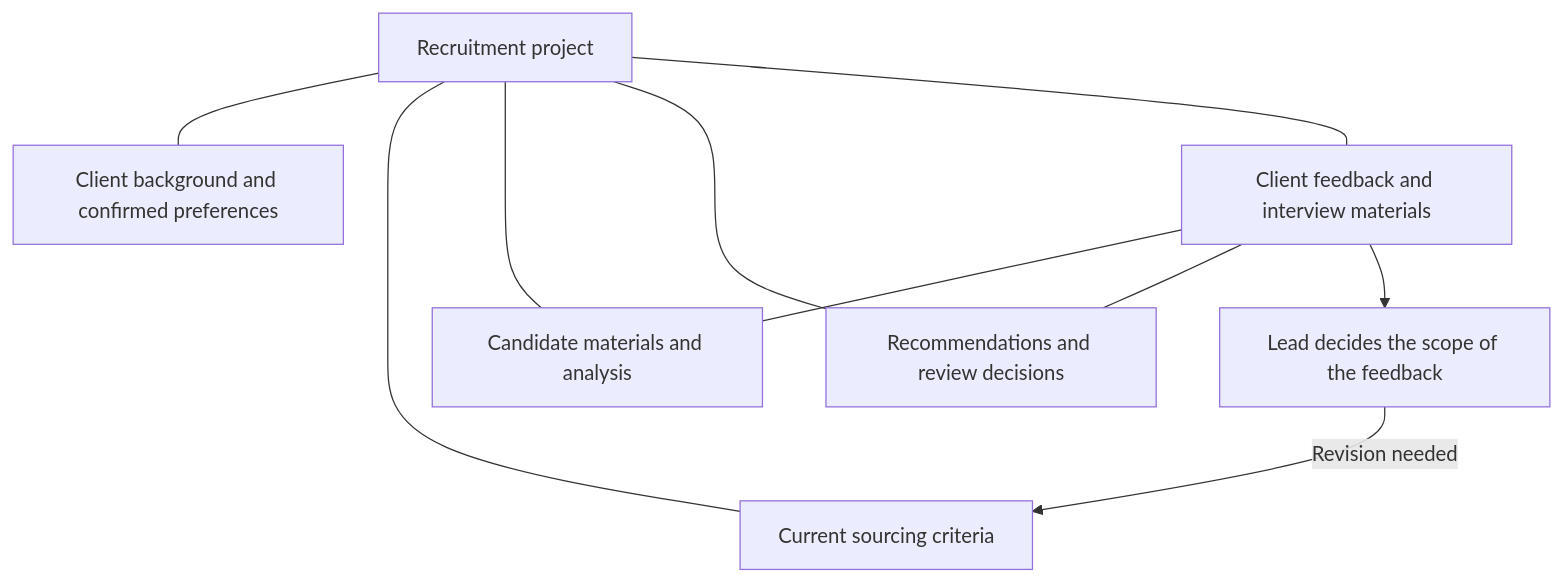
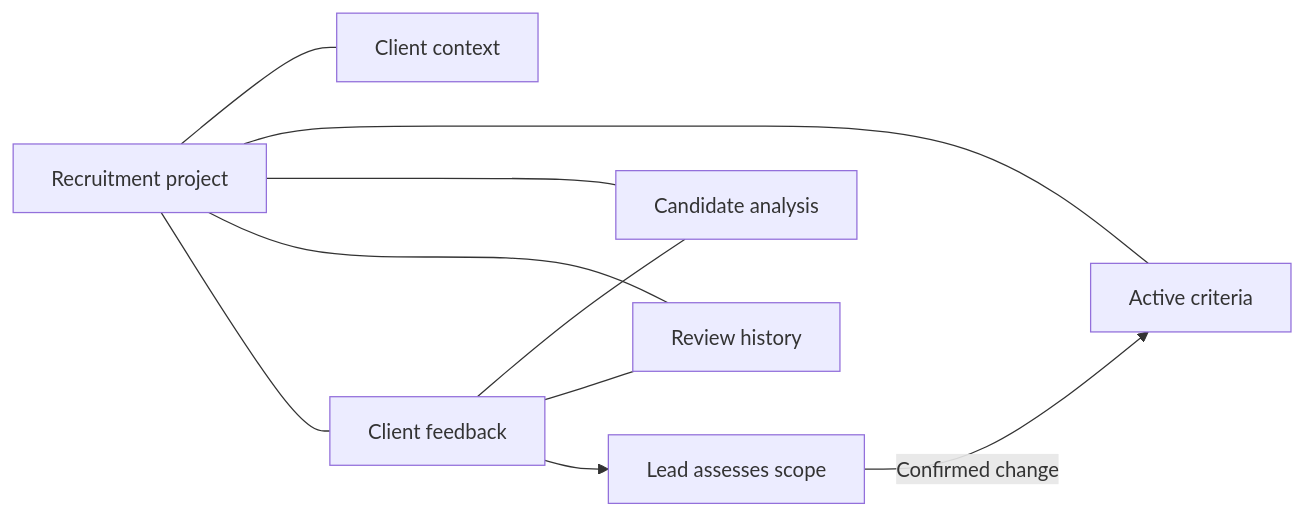
The second of 2 diagrams in content/en/cases/recruitment-delivery.md (cytlabs/personal-site), drawn with Mermaid before and after one commit. The commit also changed other lines of this file and 17 other files, not shown here.

First line of the commit message:
统一图表排版、主题和大图查看 (#15)

````diff
--- a/content/en/cases/recruitment-delivery.md
+++ b/content/en/cases/recruitment-delivery.md
@@ -38,12 +42,12 @@
 ```mermaid
-flowchart TD
-    P["Recruitment project"] --- C["Client background and confirmed preferences"]
-    P --- R["Current sourcing criteria"]
-    P --- N["Candidate materials and analysis"]
-    P --- S["Recommendations and review decisions"]
-    P --- F["Client feedback and interview materials"]
+flowchart LR
+    P["Recruitment project"] --- C["Client context"]
+    P --- R["Active criteria"]
+    P --- N["Candidate analysis"]
+    P --- S["Review history"]
+    P --- F["Client feedback"]
     F --- N
     F --- S
-    F --> J["Lead decides the scope of the feedback"]
-    J -->|Revision needed| R
+    F --> J["Lead assesses scope"]
+    J -->|Confirmed change| R
 ```
````
